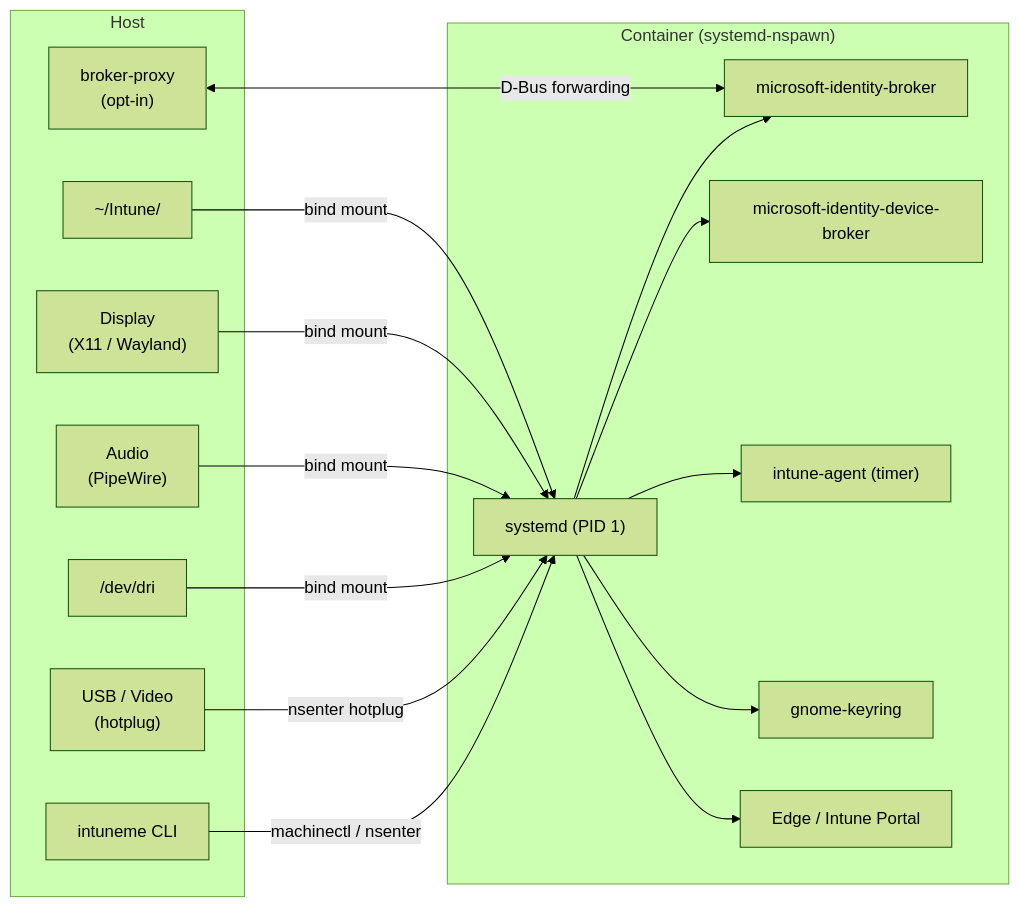
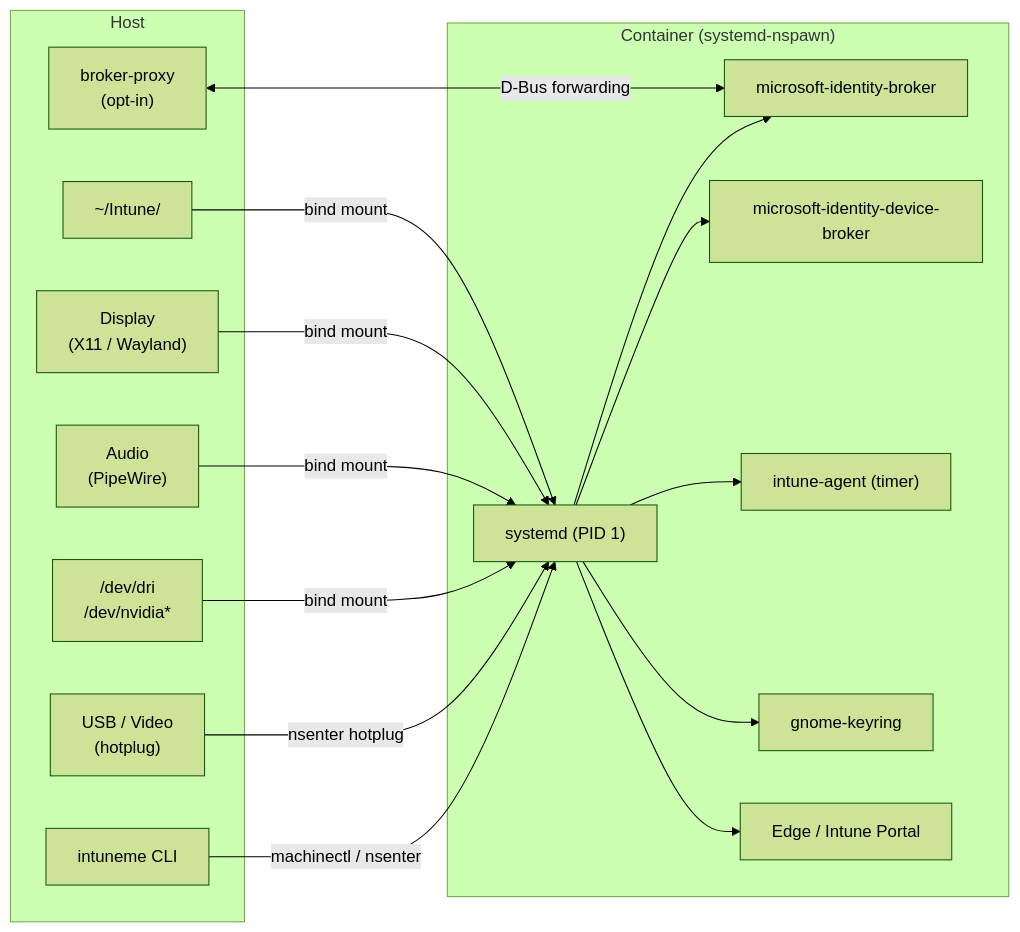
One commit to frostyard/intuneme changed the diagram in site/index.md. Above: the diagram before and after it, drawn with Mermaid (forest theme). The commit also changed other lines of this file and 6 other files, not shown here.

````diff
--- a/site/index.md
+++ b/site/index.md
@@ -13,35 +13,35 @@
 ```mermaid
 graph LR
     subgraph Host
         cli["intuneme CLI"]
         home["~/Intune/"]
         display["Display\n(X11 / Wayland)"]
         audio["Audio\n(PipeWire)"]
-        gpu["/dev/dri"]
+        gpu["/dev/dri\n/dev/nvidia*"]
         devices["USB / Video\n(hotplug)"]
         proxy["broker-proxy\n(opt-in)"]
     end
 
     subgraph Container ["Container (systemd-nspawn)"]
         systemd["systemd (PID 1)"]
         broker["microsoft-identity-broker"]
         device_broker["microsoft-identity-device-broker"]
         agent["intune-agent (timer)"]
         keyring["gnome-keyring"]
         apps["Edge / Intune Portal"]
     end
 
     home -->|bind mount| systemd
     display -->|bind mount| systemd
     audio -->|bind mount| systemd
     gpu -->|bind mount| systemd
     devices -->|nsenter hotplug| systemd
     cli -->|machinectl / nsenter| systemd
     proxy <-->|D-Bus forwarding| broker
 
     systemd --> broker
     systemd --> device_broker
     systemd --> agent
     systemd --> keyring
     systemd --> apps
 ```
````
